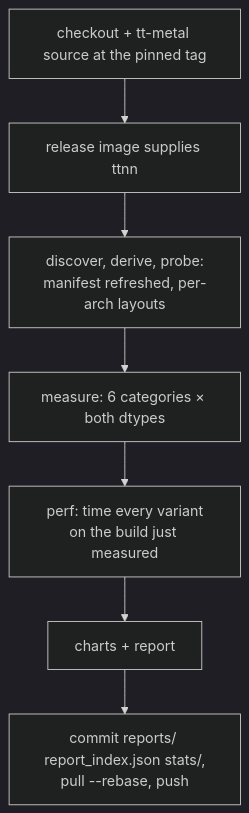
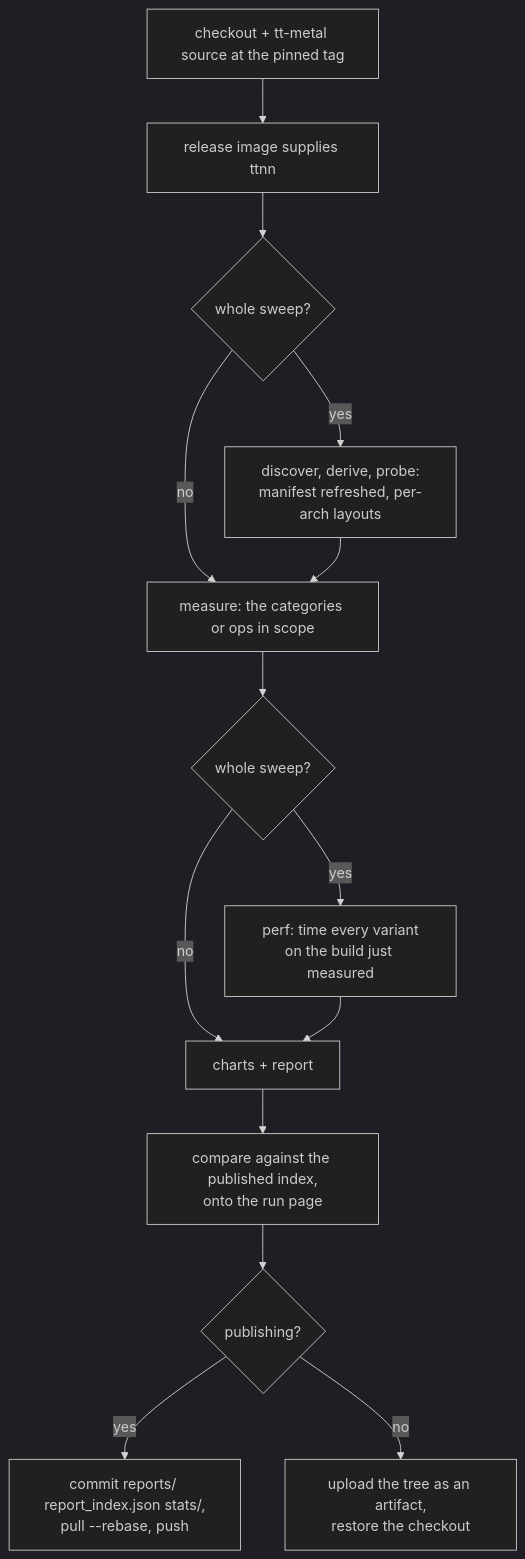
One commit to tenstorrent/tt-eltwise-accuracy-report changed the third of 4 diagrams in .github/workflows/README.md. Above: the diagram before and after it, drawn with Mermaid (dark theme). The commit also changed other lines of this file and 8 other files, not shown here.

Commit message:
ci: one accuracy-report replaces the nightly and custom reports, and only a whole sweep may publish

````diff
--- a/.github/workflows/README.md
+++ b/.github/workflows/README.md
@@ -86,9 +116,16 @@
 ```mermaid
 flowchart TD
     A["checkout + tt-metal source at the pinned tag"] --> B["release image supplies ttnn"]
-    B --> C["discover, derive, probe:<br/>manifest refreshed, per-arch layouts"]
-    C --> D["measure: 6 categories × both dtypes"]
-    D --> P["perf: time every variant<br/>on the build just measured"]
-    P --> E["charts + report"]
-    E --> F["commit reports/ report_index.json stats/,<br/>pull --rebase, push"]
+    B --> C{"whole sweep?"}
+    C -->|yes| D["discover, derive, probe:<br/>manifest refreshed, per-arch layouts"]
+    C -->|no| M
+    D --> M["measure: the categories or ops in scope"]
+    M --> P{"whole sweep?"}
+    P -->|yes| T["perf: time every variant<br/>on the build just measured"]
+    P -->|no| E
+    T --> E["charts + report"]
+    E --> S["compare against the published index,<br/>onto the run page"]
+    S --> F{"publishing?"}
+    F -->|yes| G["commit reports/ report_index.json stats/,<br/>pull --rebase, push"]
+    F -->|no| H["upload the tree as an artifact,<br/>restore the checkout"]
 ```
````
